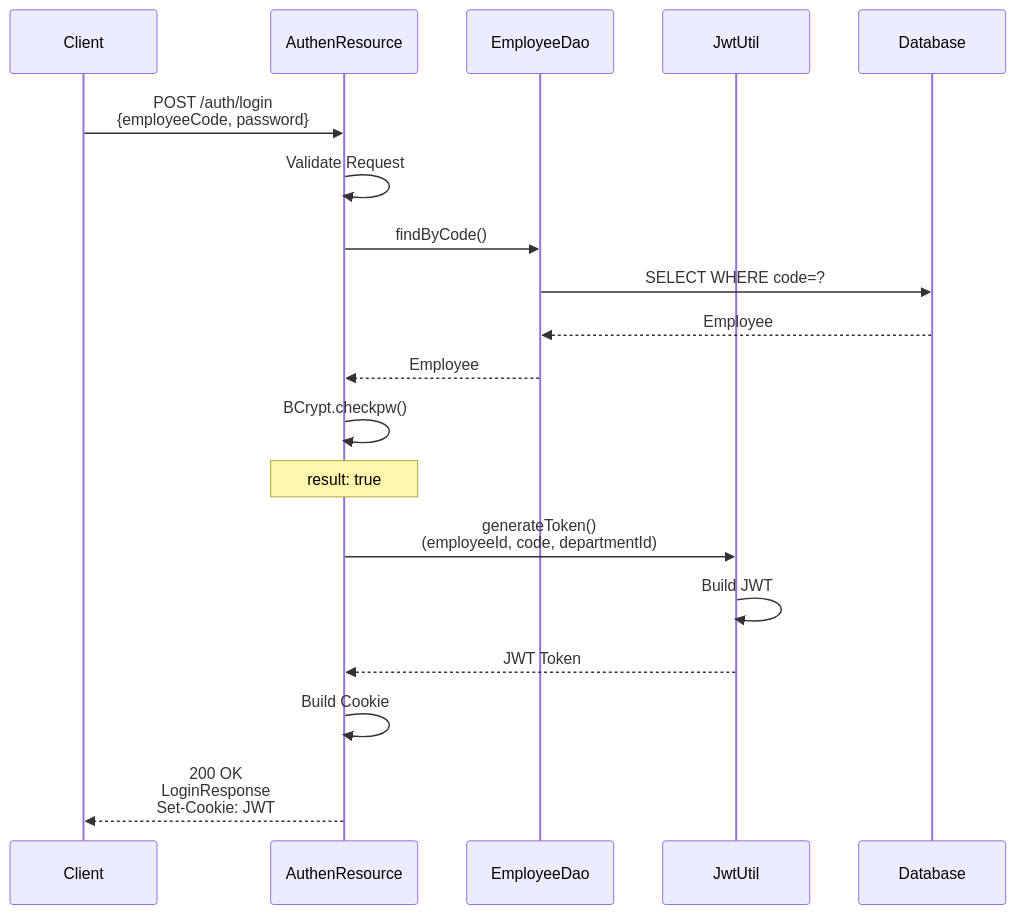
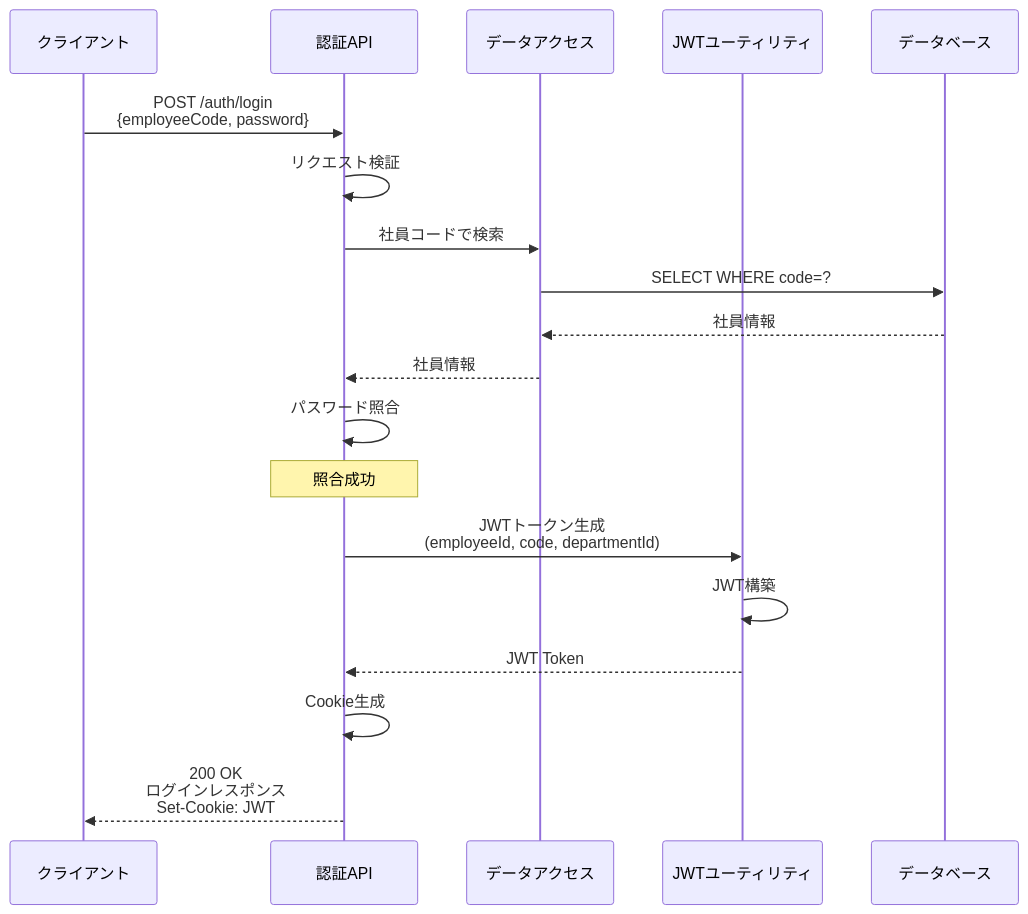
The first of 12 diagrams in projects/sdd/bookstore/back-office-api-sdd/specs/baseline/api/API_001_auth/functional_design.md (KenyaSaitoh/ai_driven_dev_202601), drawn with Mermaid before and after one commit. The commit also changed other lines of this file and 52 other files, not shown here.

````diff
--- a/projects/sdd/bookstore/back-office-api-sdd/specs/baseline/api/API_001_auth/functional_design.md
+++ b/projects/sdd/bookstore/back-office-api-sdd/specs/baseline/api/API_001_auth/functional_design.md
@@ -423,22 +361,22 @@
 ```mermaid
 sequenceDiagram
-    participant Client
-    participant AuthenResource
-    participant EmployeeDao
-    participant JwtUtil
-    participant Database
+    participant Client as クライアント
+    participant API as 認証API
+    participant DataAccess as データアクセス
+    participant JwtUtil as JWTユーティリティ
+    participant Database as データベース
 
-    Client->>AuthenResource: POST /auth/login<br/>{employeeCode, password}
-    AuthenResource->>AuthenResource: Validate Request
-    AuthenResource->>EmployeeDao: findByCode()
-    EmployeeDao->>Database: SELECT WHERE code=?
-    Database-->>EmployeeDao: Employee
-    EmployeeDao-->>AuthenResource: Employee
-    AuthenResource->>AuthenResource: BCrypt.checkpw()
-    Note over AuthenResource: result: true
-    AuthenResource->>JwtUtil: generateToken()<br/>(employeeId, code, departmentId)
-    JwtUtil->>JwtUtil: Build JWT
-    JwtUtil-->>AuthenResource: JWT Token
-    AuthenResource->>AuthenResource: Build Cookie
-    AuthenResource-->>Client: 200 OK<br/>LoginResponse<br/>Set-Cookie: JWT
+    Client->>API: POST /auth/login<br/>{employeeCode, password}
+    API->>API: リクエスト検証
+    API->>DataAccess: 社員コードで検索
+    DataAccess->>Database: SELECT WHERE code=?
+    Database-->>DataAccess: 社員情報
+    DataAccess-->>API: 社員情報
+    API->>API: パスワード照合
+    Note over API: 照合成功
+    API->>JwtUtil: JWTトークン生成<br/>(employeeId, code, departmentId)
+    JwtUtil->>JwtUtil: JWT構築
+    JwtUtil-->>API: JWT Token
+    API->>API: Cookie生成
+    API-->>Client: 200 OK<br/>ログインレスポンス<br/>Set-Cookie: JWT
 ```
````
